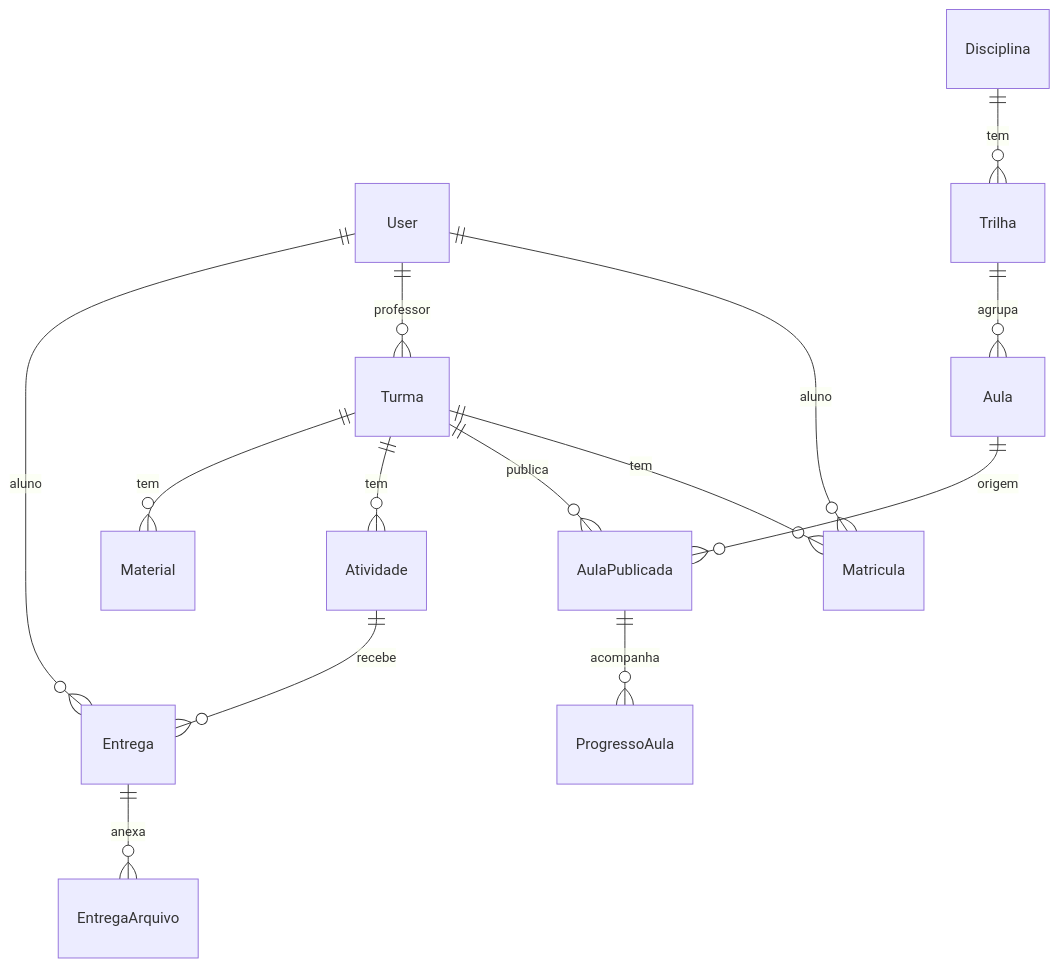
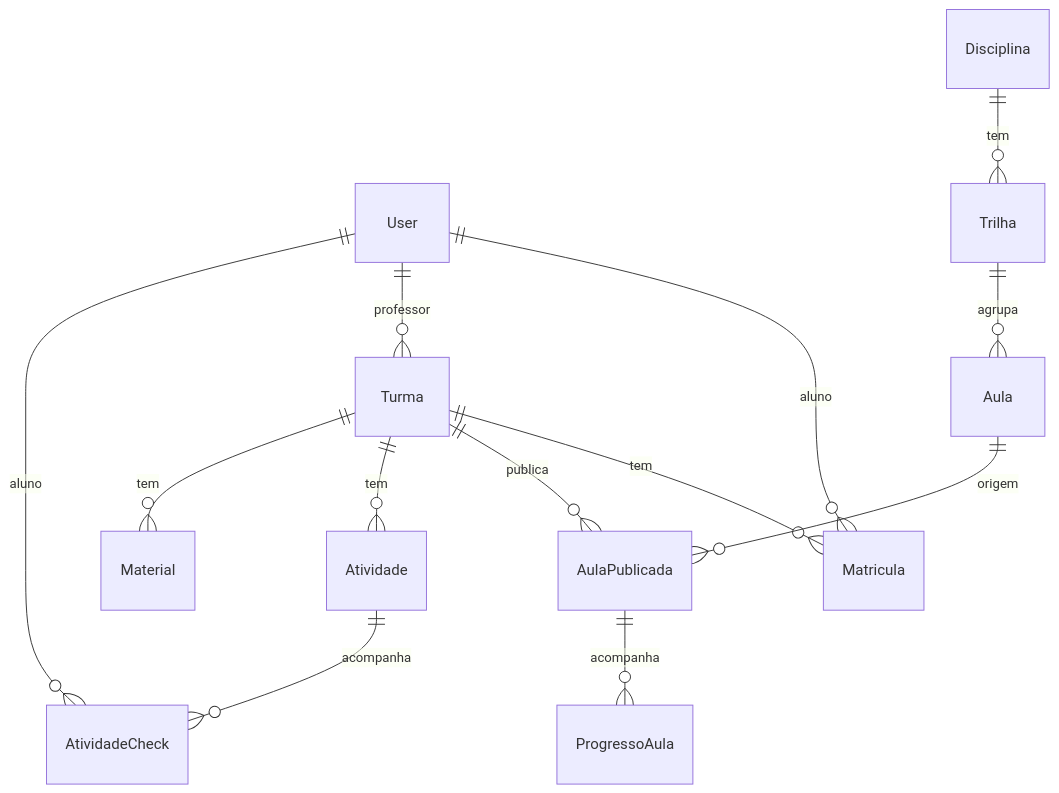
Before and after one commit to elvertoni/professorDash2.0: the diagram in PRD_PROF_DASH.md, drawn with Mermaid. The commit also changed other lines of this file and 10 other files, not shown here.

````diff
--- a/PRD_PROF_DASH.md
+++ b/PRD_PROF_DASH.md
@@ -126,16 +125,15 @@
 ```mermaid
 erDiagram
     User ||--o{ Matricula : "aluno"
     User ||--o{ Turma : "professor"
     Turma ||--o{ Matricula : tem
     Turma ||--o{ AulaPublicada : publica
     Aula ||--o{ AulaPublicada : origem
     Disciplina ||--o{ Trilha : tem
     Trilha ||--o{ Aula : agrupa
     AulaPublicada ||--o{ ProgressoAula : acompanha
     Turma ||--o{ Atividade : tem
-    Atividade ||--o{ Entrega : recebe
-    User ||--o{ Entrega : "aluno"
-    Entrega ||--o{ EntregaArquivo : anexa
+    Atividade ||--o{ AtividadeCheck : acompanha
+    User ||--o{ AtividadeCheck : "aluno"
     Turma ||--o{ Material : tem
 ```
````
